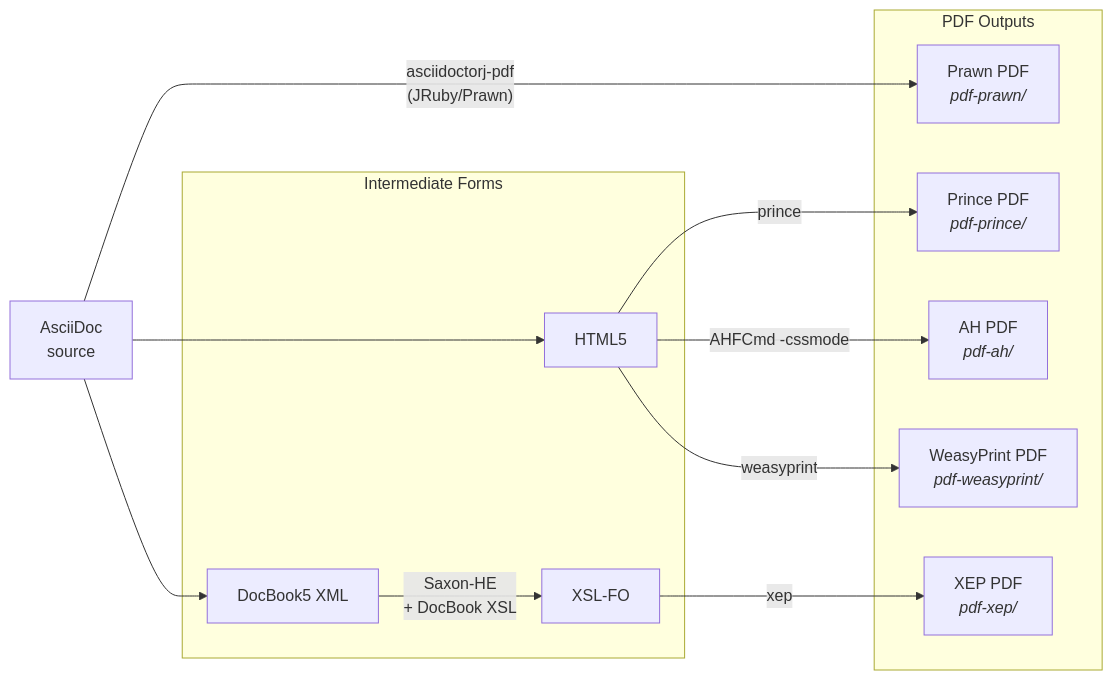
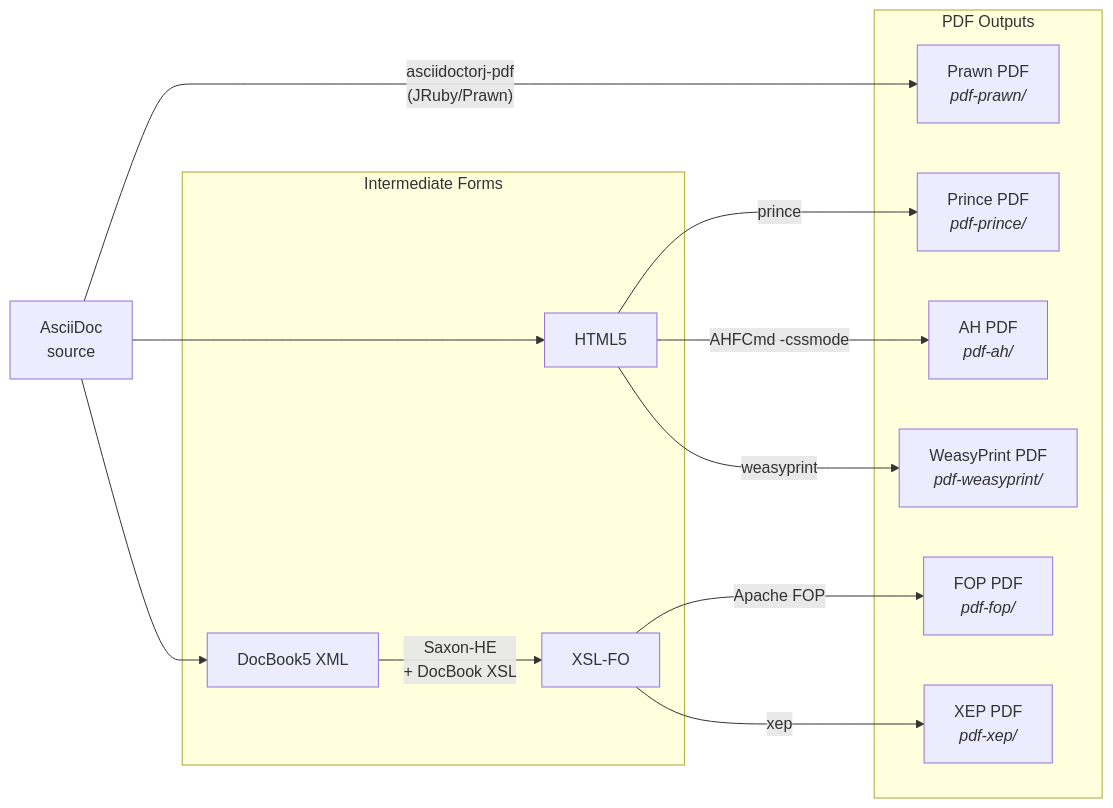
The diagram in documentation-parent/src/docs/asciidoc/chapters/rendering-strategy.adoc (IKE-Network/ike-pipeline), drawn with Mermaid before and after one commit. The commit also changed other lines of this file and 26 other files, not shown here.

First line of the commit message:
feat: add Apache FOP PDF renderer and ZIP artifact packaging

```diff
--- a/documentation-parent/src/docs/asciidoc/chapters/rendering-strategy.adoc
+++ b/documentation-parent/src/docs/asciidoc/chapters/rendering-strategy.adoc
@@ -7,30 +7,32 @@
 [mermaid]
 ....
 flowchart LR
     SRC["AsciiDoc<br/>source"]
 
     subgraph "Intermediate Forms"
         HTML5["HTML5"]
         DB["DocBook5 XML"]
         FO["XSL-FO"]
     end
 
     subgraph "PDF Outputs"
         PRAWN["Prawn PDF<br/><i>pdf-prawn/</i>"]
         PRINCE["Prince PDF<br/><i>pdf-prince/</i>"]
         AH["AH PDF<br/><i>pdf-ah/</i>"]
         WP["WeasyPrint PDF<br/><i>pdf-weasyprint/</i>"]
+        FOP["FOP PDF<br/><i>pdf-fop/</i>"]
         XEP["XEP PDF<br/><i>pdf-xep/</i>"]
     end
 
     SRC --> |"asciidoctorj-pdf<br/>(JRuby/Prawn)"| PRAWN
     SRC --> HTML5
     SRC --> DB
 
     HTML5 --> |"prince"| PRINCE
     HTML5 --> |"AHFCmd -cssmode"| AH
     HTML5 --> |"weasyprint"| WP
 
     DB --> |"Saxon-HE<br/>+ DocBook XSL"| FO
+    FO --> |"Apache FOP"| FOP
     FO --> |"xep"| XEP
 ....
```
